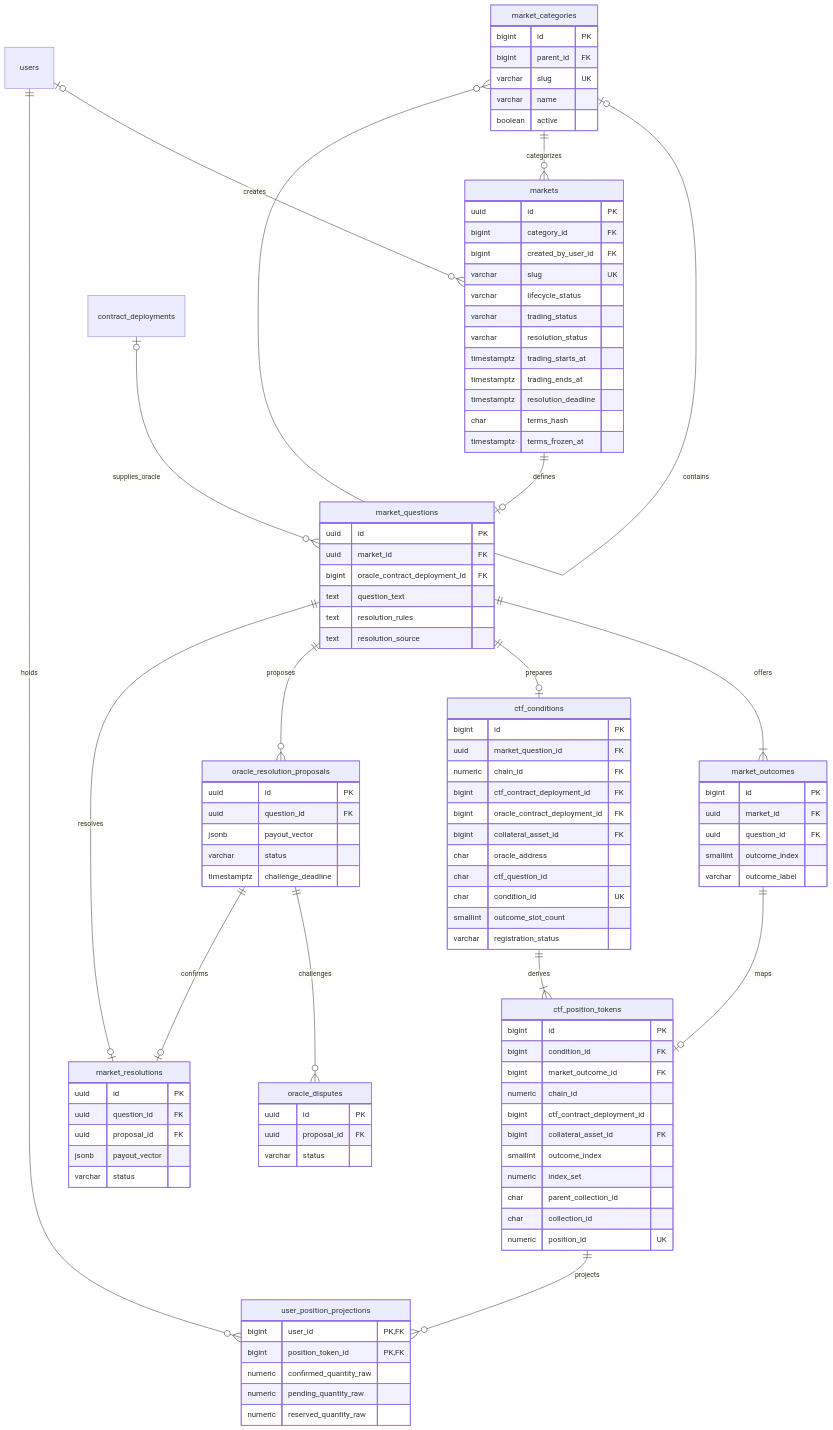
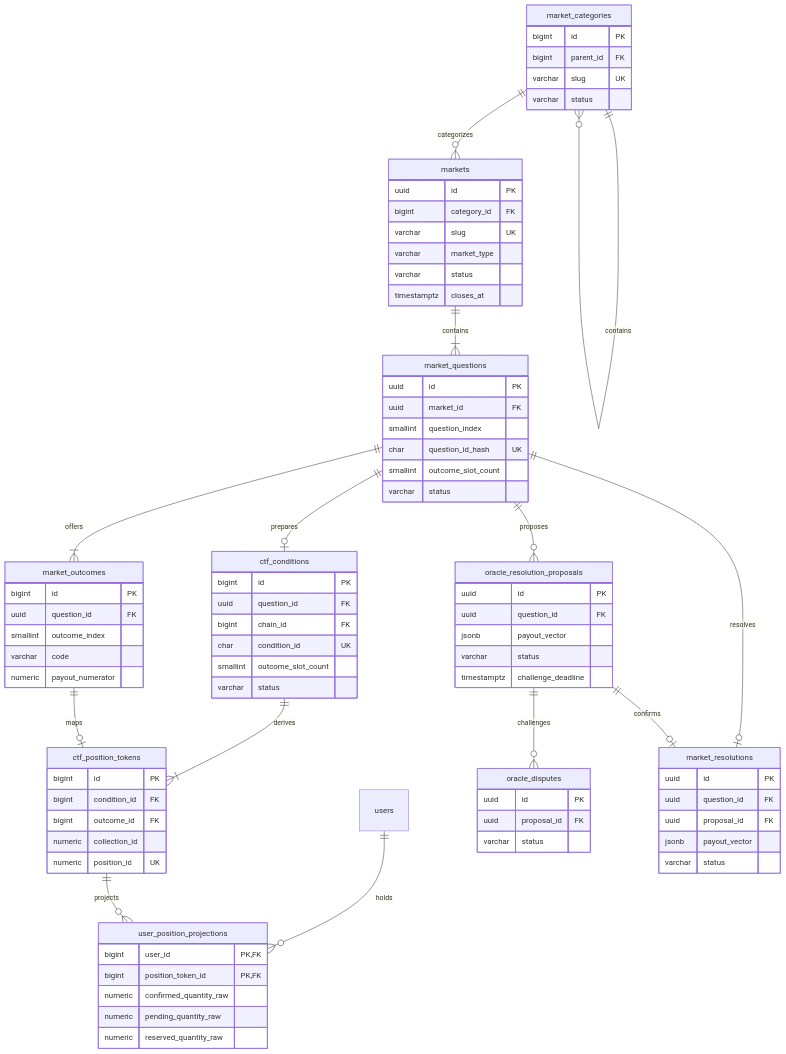
One commit to khmerfp/khmerfp changed the third of 5 diagrams in docs/architecture/BLOCKCHAIN_DATABASE_ERD.md. Above: the diagram before and after it, drawn with Mermaid. The commit also changed other lines of this file and 388 other files, not shown here.

````diff
--- a/docs/architecture/BLOCKCHAIN_DATABASE_ERD.md
+++ b/docs/architecture/BLOCKCHAIN_DATABASE_ERD.md
@@ -230,11 +221,9 @@
 ```mermaid
 erDiagram
-    market_categories o|--o{ market_categories : contains
+    market_categories ||--o{ market_categories : contains
     market_categories ||--o{ markets : categorizes
-    users o|--o{ markets : creates
-    markets ||--o| market_questions : defines
+    markets ||--|{ market_questions : contains
     market_questions ||--|{ market_outcomes : offers
-    contract_deployments o|--o{ market_questions : supplies_oracle
     market_questions ||--o| ctf_conditions : prepares
     ctf_conditions ||--|{ ctf_position_tokens : derives
     market_outcomes ||--o| ctf_position_tokens : maps
@@ -250,62 +239,44 @@
       bigint id PK
       bigint parent_id FK
       varchar slug UK
-      varchar name
-      boolean active
+      varchar status
     }
     markets {
       uuid id PK
       bigint category_id FK
-      bigint created_by_user_id FK
       varchar slug UK
-      varchar lifecycle_status
-      varchar trading_status
-      varchar resolution_status
-      timestamptz trading_starts_at
-      timestamptz trading_ends_at
-      timestamptz resolution_deadline
-      char terms_hash
-      timestamptz terms_frozen_at
+      varchar market_type
+      varchar status
+      timestamptz closes_at
     }
     market_questions {
       uuid id PK
       uuid market_id FK
-      bigint oracle_contract_deployment_id FK
-      text question_text
-      text resolution_rules
-      text resolution_source
+      smallint question_index
+      char question_id_hash UK
+      smallint outcome_slot_count
+      varchar status
     }
     market_outcomes {
       bigint id PK
-      uuid market_id FK
       uuid question_id FK
       smallint outcome_index
-      varchar outcome_label
+      varchar code
+      numeric payout_numerator
     }
     ctf_conditions {
       bigint id PK
-      uuid market_question_id FK
-      numeric chain_id FK
-      bigint ctf_contract_deployment_id FK
-      bigint oracle_contract_deployment_id FK
-      bigint collateral_asset_id FK
-      char oracle_address
-      char ctf_question_id
+      uuid question_id FK
+      bigint chain_id FK
       char condition_id UK
       smallint outcome_slot_count
-      varchar registration_status
+      varchar status
     }
     ctf_position_tokens {
       bigint id PK
       bigint condition_id FK
-      bigint market_outcome_id FK
-      numeric chain_id
-      bigint ctf_contract_deployment_id
-      bigint collateral_asset_id FK
-      smallint outcome_index
-      numeric index_set
-      char parent_collection_id
-      char collection_id
+      bigint outcome_id FK
+      numeric collection_id
       numeric position_id UK
     }
     user_position_projections {
````
